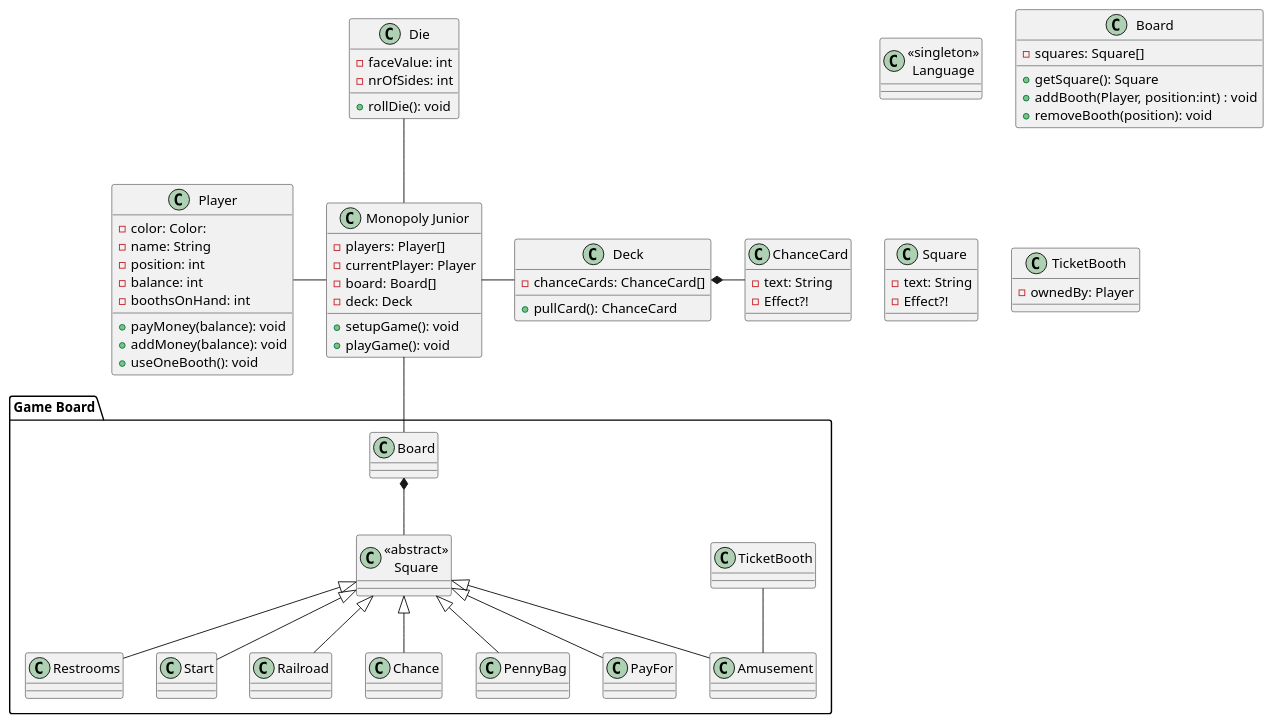
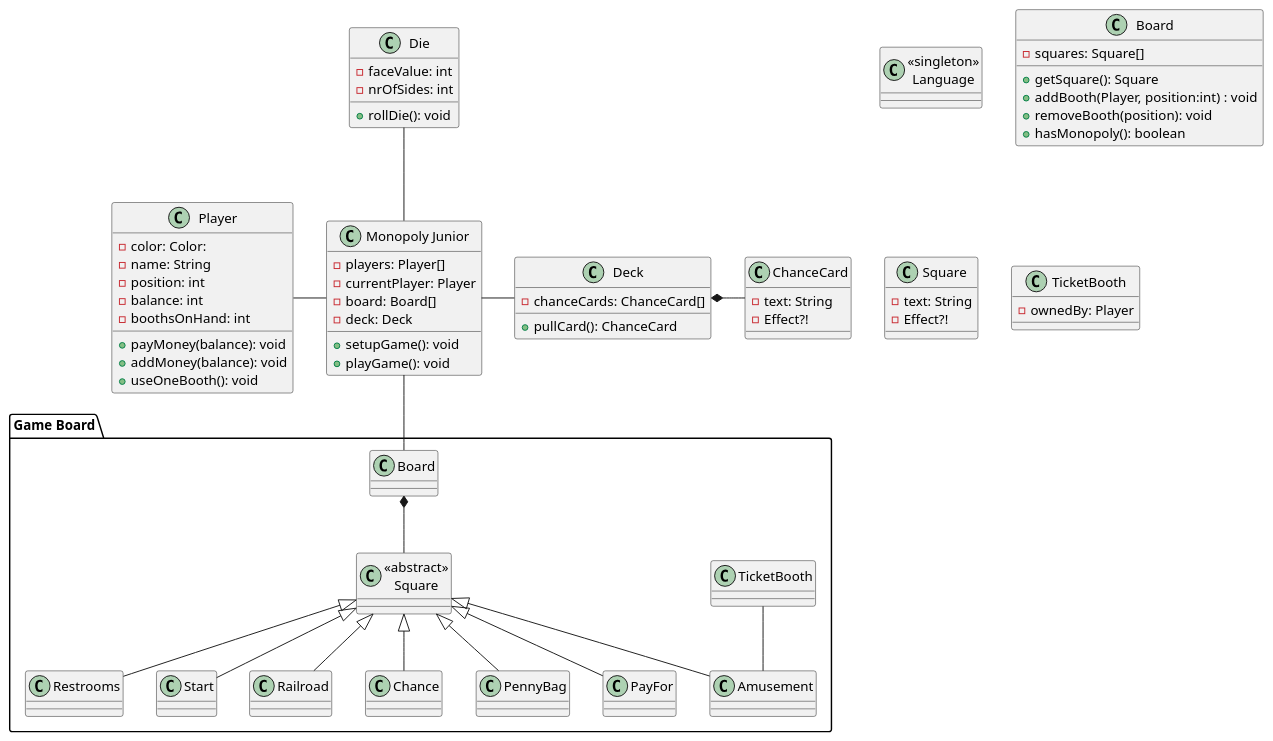
One commit to Greve2001/CDIO3 changed the diagram in diagrams/Designklasse.puml. Above: the diagram before and after it, drawn with PlantUML.

Commit message:
klassediagram

```diff
--- a/diagrams/Designklasse.puml
+++ b/diagrams/Designklasse.puml
@@ -1,97 +1,98 @@
 @startuml
 
 class "Monopoly Junior" as Game
 class Die
 
 package "Game Board" {
     class Board
     class TicketBooth
 
     class "<<abstract>>\nSquare" as Square
         class Amusement
         class Restrooms
         class Start
         class Railroad
         class Chance
         class PennyBag
         class PayFor
 }
 
 class Deck
 class ChanceCard
 class Player
 class "<<singleton>>\nLanguage" as Language
 
 Game -up- Die
 Game -right- Deck
     Deck *-right- ChanceCard
 Game -left- Player
 Game -down- Board
     Board *-down- Square
     Amusement -up- TicketBooth
     Square <|-- Restrooms
     Square <|-- Amusement
     Square <|-- Railroad
     Square <|-- PayFor
     Square <|-- PennyBag
     Square <|-- Start
     Square <|-- Chance
 
 class Game {
     -players: Player[]
     -currentPlayer: Player
     -board: Board[]
     -deck: Deck
 
     +setupGame(): void
     +playGame(): void
 }
 
 class Board {
     -squares: Square[]
 
     +getSquare(): Square
     +addBooth(Player, position:int) : void
     +removeBooth(position): void
+    +hasMonopoly(): boolean
 }
 
 class Square {
     -text: String
     -Effect?!
 }
 
 class Die {
     -faceValue: int
     -nrOfSides: int
 
     +rollDie(): void
 }
 
 class Player {
     -color: Color:
     -name: String
     -position: int
     -balance: int
     -boothsOnHand: int
 
     +payMoney(balance): void
     +addMoney(balance): void
     +useOneBooth(): void
 }
 
 class TicketBooth {
     -ownedBy: Player
 }
 
 class Deck {
     -chanceCards: ChanceCard[]
 
     +pullCard(): ChanceCard
 }
 class ChanceCard {
     -text: String
     -Effect?!
 }
 
 
 @enduml
```
